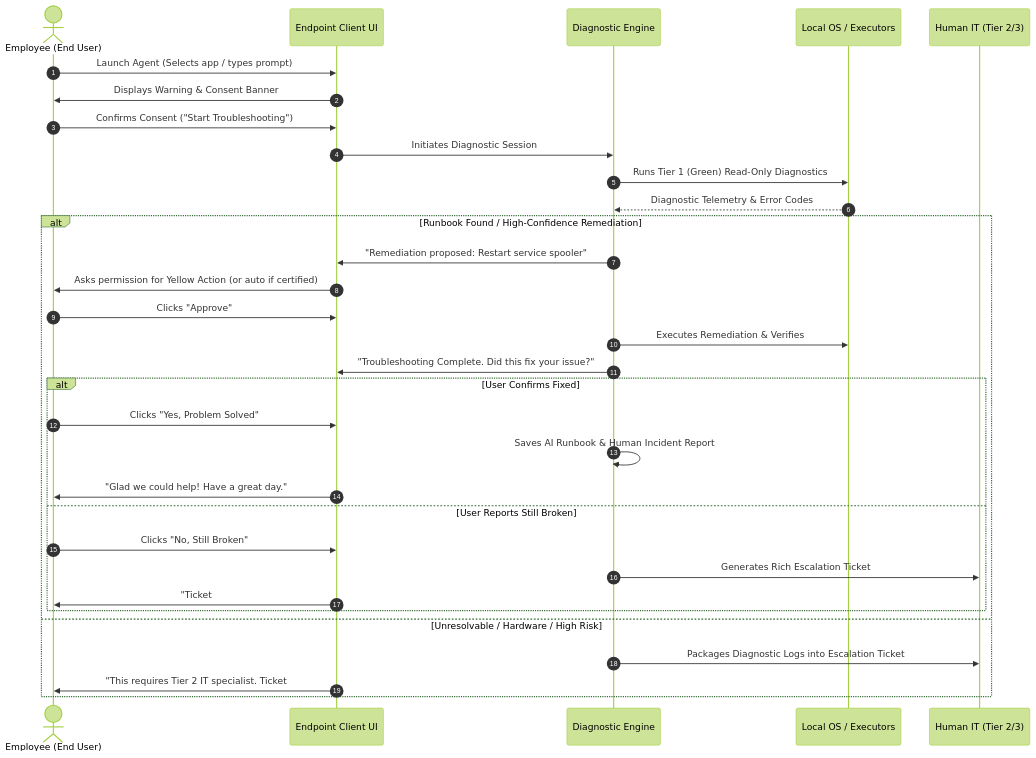
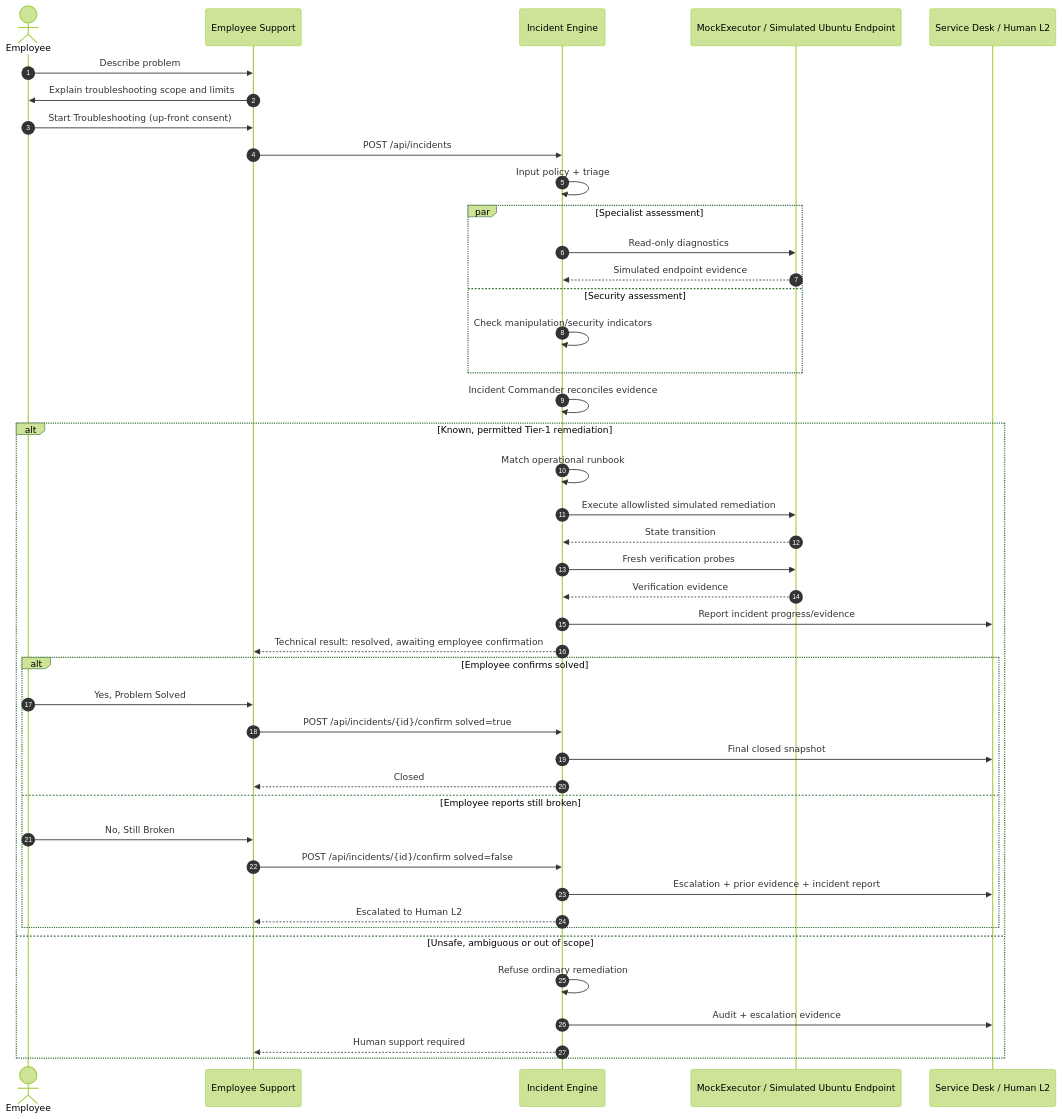
Before and after one commit to raphschneider21/autonomous-it-support: the diagram in docs/user-journey.md, drawn with Mermaid (forest theme). The commit also changed other lines of this file, not shown here.

Commit message:
docs: update current employee and escalation journey

````diff
--- a/docs/user-journey.md
+++ b/docs/user-journey.md
@@ -5,39 +7,49 @@
 ```mermaid
 sequenceDiagram
     autonumber
-    actor User as Employee (End User)
-    participant UI as Endpoint Client UI
-    participant Core as Diagnostic Engine
-    participant OS as Local OS / Executors
-    participant ITSM as Human IT (Tier 2/3)
+    actor User as Employee
+    participant UI as Employee Support
+    participant Core as Incident Engine
+    participant Mock as MockExecutor / Simulated Ubuntu Endpoint
+    participant Desk as Service Desk / Human L2
 
-    User->>UI: Launch Agent (Selects app / types prompt)
-    UI->>User: Displays Warning & Consent Banner
-    User->>UI: Confirms Consent ("Start Troubleshooting")
-    
-    UI->>Core: Initiates Diagnostic Session
-    Core->>OS: Runs Tier 1 (Green) Read-Only Diagnostics
-    OS-->>Core: Diagnostic Telemetry & Error Codes
-    
-    alt Runbook Found / High-Confidence Remediation
-        Core->>UI: "Remediation proposed: Restart service spooler"
-        UI->>User: Asks permission for Yellow Action (or auto if certified)
-        User->>UI: Clicks "Approve"
-        Core->>OS: Executes Remediation & Verifies
-        Core->>UI: "Troubleshooting Complete. Did this fix your issue?"
-        
-        alt User Confirms Fixed
-            User->>UI: Clicks "Yes, Problem Solved"
-            Core->>Core: Saves AI Runbook & Human Incident Report
-            UI->>User: "Glad we could help! Have a great day."
-        else User Reports Still Broken
-            User->>UI: Clicks "No, Still Broken"
-            Core->>ITSM: Generates Rich Escalation Ticket
-            UI->>User: "Ticket #INC-94812 created. Tier 2 IT notified."
+    User->>UI: Describe problem
+    UI->>User: Explain troubleshooting scope and limits
+    User->>UI: Start Troubleshooting (up-front consent)
+    UI->>Core: POST /api/incidents
+
+    Core->>Core: Input policy + triage
+    par Specialist assessment
+        Core->>Mock: Read-only diagnostics
+        Mock-->>Core: Simulated endpoint evidence
+    and Security assessment
+        Core->>Core: Check manipulation/security indicators
+    end
+    Core->>Core: Incident Commander reconciles evidence
+
+    alt Known, permitted Tier-1 remediation
+        Core->>Core: Match operational runbook
+        Core->>Mock: Execute allowlisted simulated remediation
+        Mock-->>Core: State transition
+        Core->>Mock: Fresh verification probes
+        Mock-->>Core: Verification evidence
+        Core->>Desk: Report incident progress/evidence
+        Core-->>UI: Technical result: resolved, awaiting employee confirmation
+
+        alt Employee confirms solved
+            User->>UI: Yes, Problem Solved
+            UI->>Core: POST /api/incidents/{id}/confirm solved=true
+            Core->>Desk: Final closed snapshot
+            Core-->>UI: Closed
+        else Employee reports still broken
+            User->>UI: No, Still Broken
+            UI->>Core: POST /api/incidents/{id}/confirm solved=false
+            Core->>Desk: Escalation + prior evidence + incident report
+            Core-->>UI: Escalated to Human L2
         end
-        
-    else Unresolvable / Hardware / High Risk
-        Core->>ITSM: Packages Diagnostic Logs into Escalation Ticket
-        UI->>User: "This requires Tier 2 IT specialist. Ticket #INC-94813 created."
+    else Unsafe, ambiguous or out of scope
+        Core->>Core: Refuse ordinary remediation
+        Core->>Desk: Audit + escalation evidence
+        Core-->>UI: Human support required
     end
 ```
````
